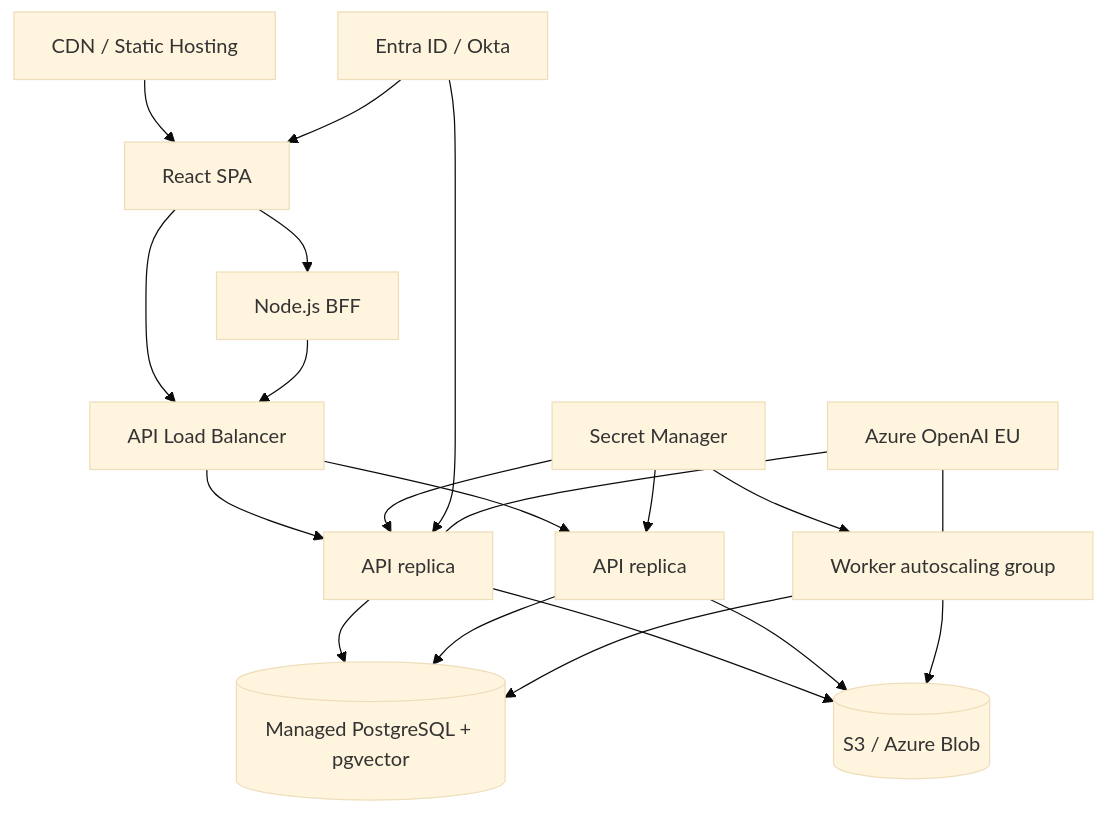
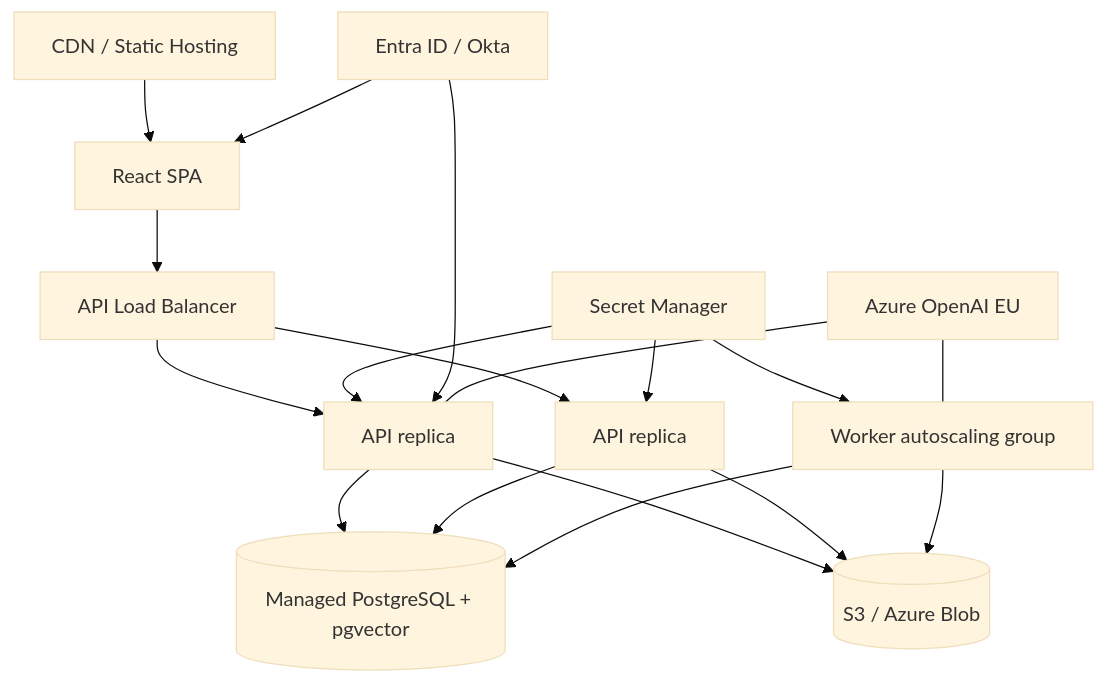
Before and after one commit to alechulkin/rag: the ninth of 9 diagrams in docs/Solution_Architecture.md, drawn with Mermaid (base theme). The commit also changed other lines of this file and 9 other files, not shown here.

````diff
--- a/docs/Solution_Architecture.md
+++ b/docs/Solution_Architecture.md
@@ -350,22 +351,20 @@
 ```mermaid
 flowchart TB
   CDN[CDN / Static Hosting] --> SPA[React SPA]
-  SPA --> BFF[Node.js BFF]
   SPA --> APILB[API Load Balancer]
-  BFF --> APILB
   APILB --> API1[API replica]
   APILB --> API2[API replica]
   API1 --> PG[(Managed PostgreSQL + pgvector)]
   API2 --> PG
   API1 --> Obj[(S3 / Azure Blob)]
   API2 --> Obj
   WorkerPool[Worker autoscaling group] --> PG
   WorkerPool --> Obj
   Secrets[Secret Manager] --> API1
   Secrets --> API2
   Secrets --> WorkerPool
   Idp[Entra ID / Okta] --> API1
   Idp --> SPA
   Azure[Azure OpenAI EU] --- API1
   Azure --- WorkerPool
 ```
````
